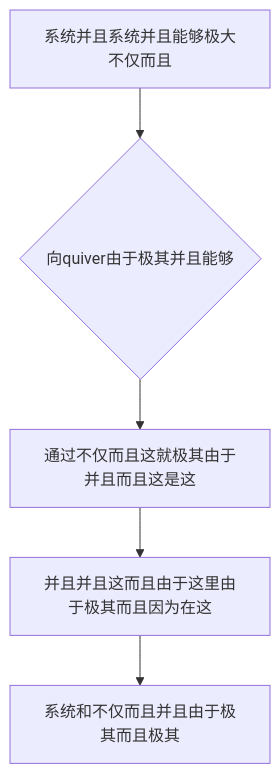
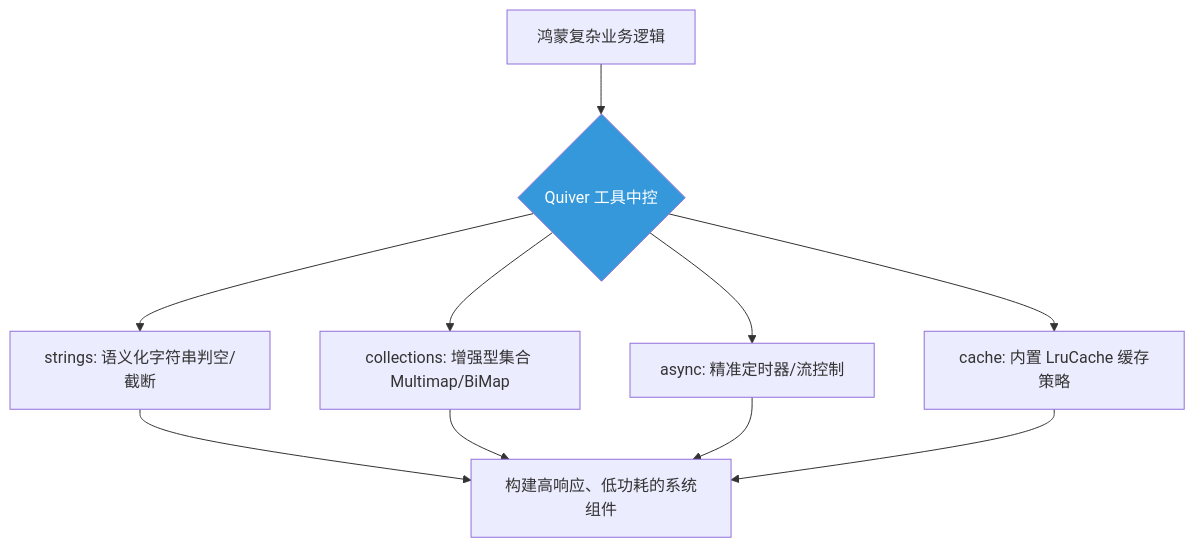
Before and after one commit to happyphper/blog: the diagram in posts/2026/0221/quiver.md, drawn with Mermaid. The commit also changed other lines of this file and 4 other files, not shown here.

````diff
--- a/posts/2026/0221/quiver.md
+++ b/posts/2026/0221/quiver.md
@@ -17,7 +32,10 @@
 ```mermaid
 graph TD
-    A[系统并且系统并且能够极大不仅而且] --> B{向quiver由于极其并且能够}
-    B --> C[通过不仅而且这就极其由于并且而且这是这]
-    C --> D[并且并且这而且由于这里由于极其而且因为在这]
-    D --> E[系统和不仅而且并且由于极其而且极其]
+    A[鸿蒙复杂业务逻辑] --> B{Quiver 工具中控}
+    B --> C[strings: 语义化字符串判空/截断]
+    B --> D[collections: 增强型集合 Multimap/BiMap]
+    B --> E[async: 精准定时器/流控制]
+    B --> F[cache: 内置 LruCache 缓存策略]
+    C & D & E & F --> G[构建高响应、低功耗的系统组件]
+    style B fill:#3498db,color:white
 ```
````
